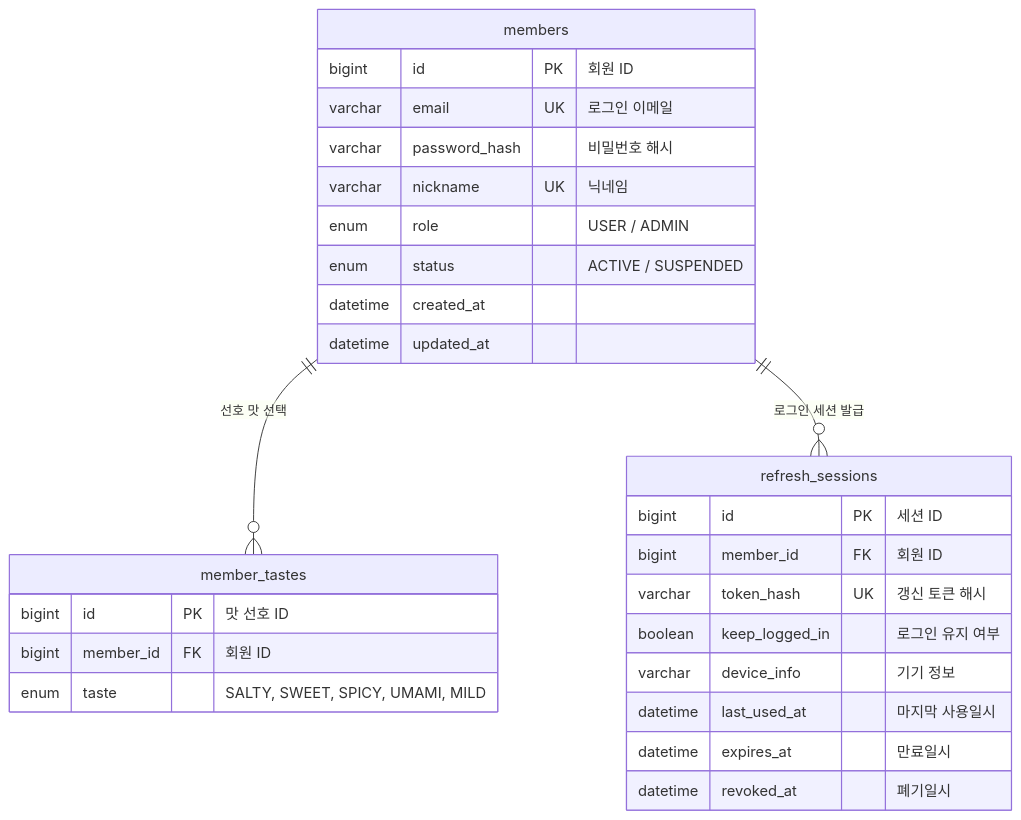
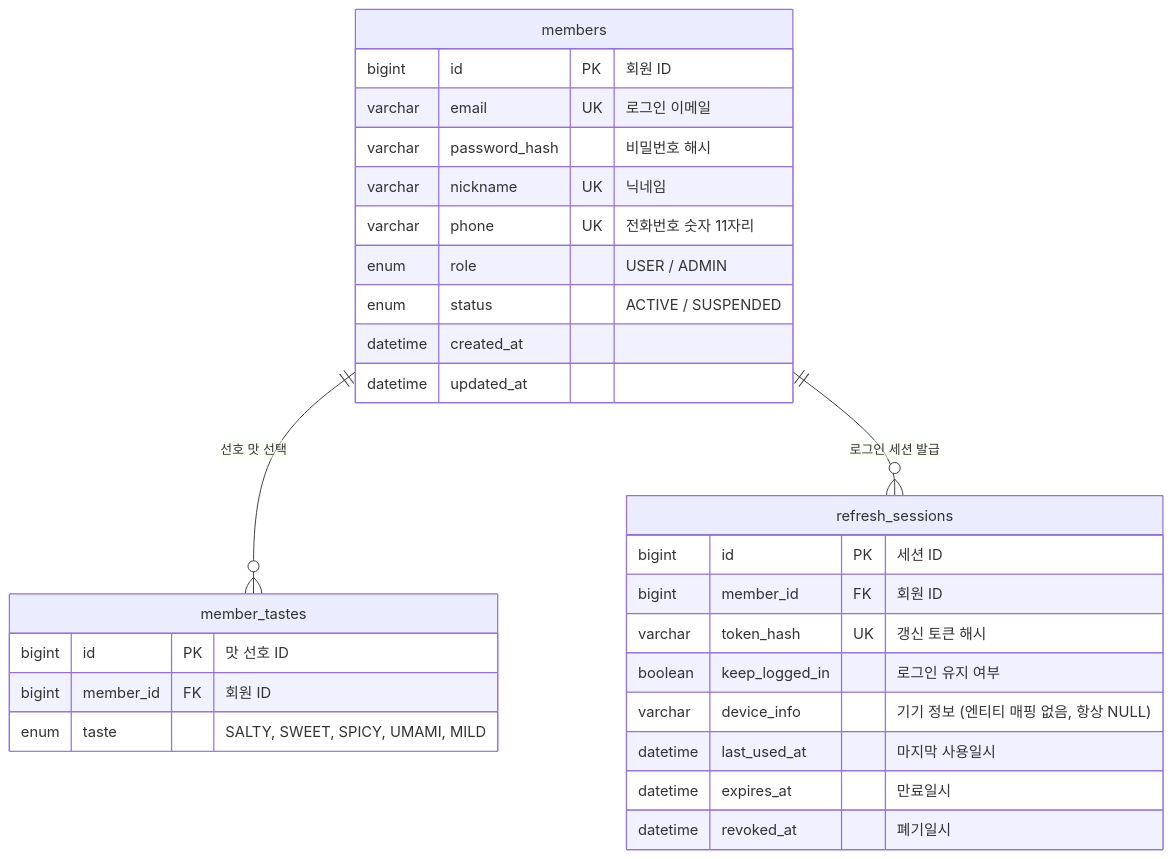
The second of 11 diagrams in docs/database/erd.md (sparta-final-4/take-care-of-my-fridge), drawn with Mermaid before and after one commit. The commit also changed other lines of this file and 53 other files, not shown here.

````diff
--- a/docs/database/erd.md
+++ b/docs/database/erd.md
@@ -67,33 +67,34 @@
 ```mermaid
 erDiagram
     members ||--o{ member_tastes : "선호 맛 선택"
     members ||--o{ refresh_sessions : "로그인 세션 발급"
 
     members {
         bigint id PK "회원 ID"
         varchar email UK "로그인 이메일"
         varchar password_hash "비밀번호 해시"
         varchar nickname UK "닉네임"
+        varchar phone UK "전화번호 숫자 11자리"
         enum role "USER / ADMIN"
         enum status "ACTIVE / SUSPENDED"
         datetime created_at
         datetime updated_at
     }
 
     member_tastes {
         bigint id PK "맛 선호 ID"
         bigint member_id FK "회원 ID"
         enum taste "SALTY, SWEET, SPICY, UMAMI, MILD"
     }
 
     refresh_sessions {
         bigint id PK "세션 ID"
         bigint member_id FK "회원 ID"
         varchar token_hash UK "갱신 토큰 해시"
         boolean keep_logged_in "로그인 유지 여부"
-        varchar device_info "기기 정보"
+        varchar device_info "기기 정보 (엔티티 매핑 없음, 항상 NULL)"
         datetime last_used_at "마지막 사용일시"
         datetime expires_at "만료일시"
         datetime revoked_at "폐기일시"
     }
 ```
````
